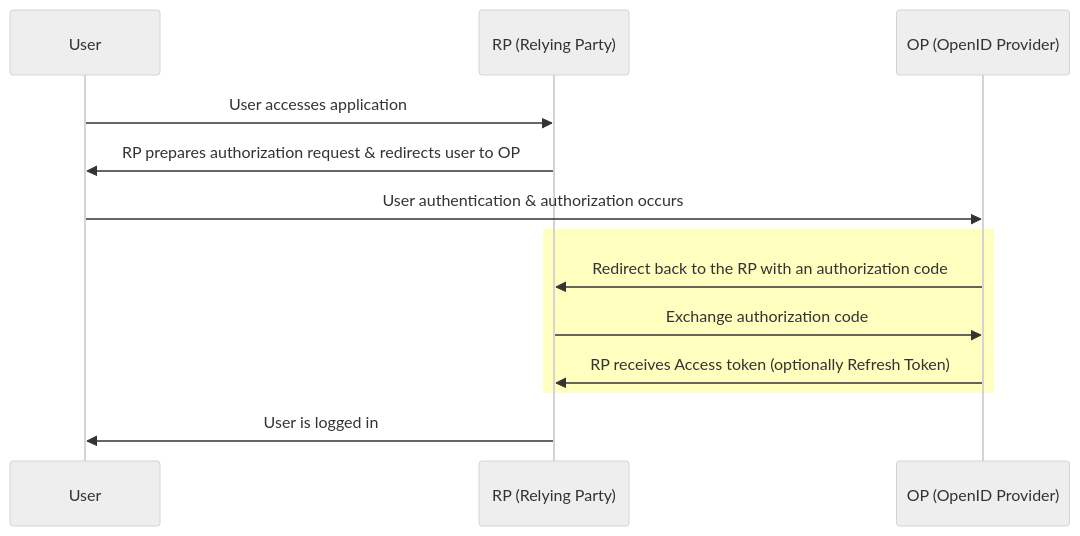
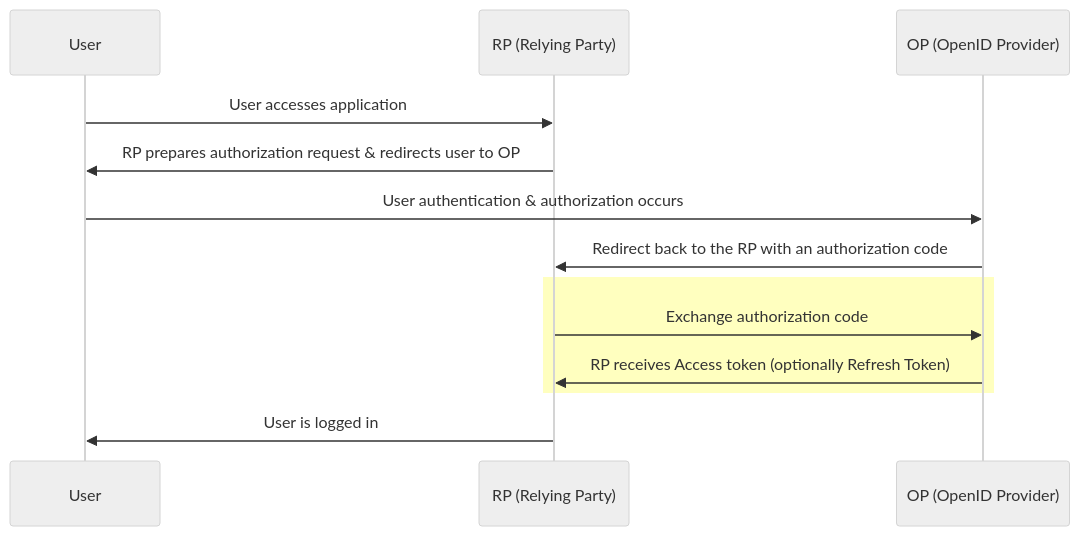
One commit to goauthentik/authentik changed the diagram in website/docs/add-secure-apps/providers/oauth2/index.md. Above: the diagram before and after it, drawn with Mermaid (neutral theme). The commit also changed other lines of this file, not shown here.

````diff
--- a/website/docs/add-secure-apps/providers/oauth2/index.md
+++ b/website/docs/add-secure-apps/providers/oauth2/index.md
@@ -28,19 +30,20 @@
 ```mermaid
 sequenceDiagram
     participant user as User
     participant rp as RP (Relying Party)
     participant op as OP (OpenID Provider)
 
     user->>rp: User accesses application
     rp->>user: RP prepares authorization request & redirects user to OP
 
     user->>op: User authentication & authorization occurs
+    op->>rp: Redirect back to the RP with an authorization code
 
     rect rgb(255, 255, 191)
-        op->>rp: Redirect back to the RP with an authorization code
+
         rp->>op: Exchange authorization code
         op->>rp: RP receives Access token (optionally Refresh Token)
     end
 
     rp->>user: User is logged in
 ```
````
